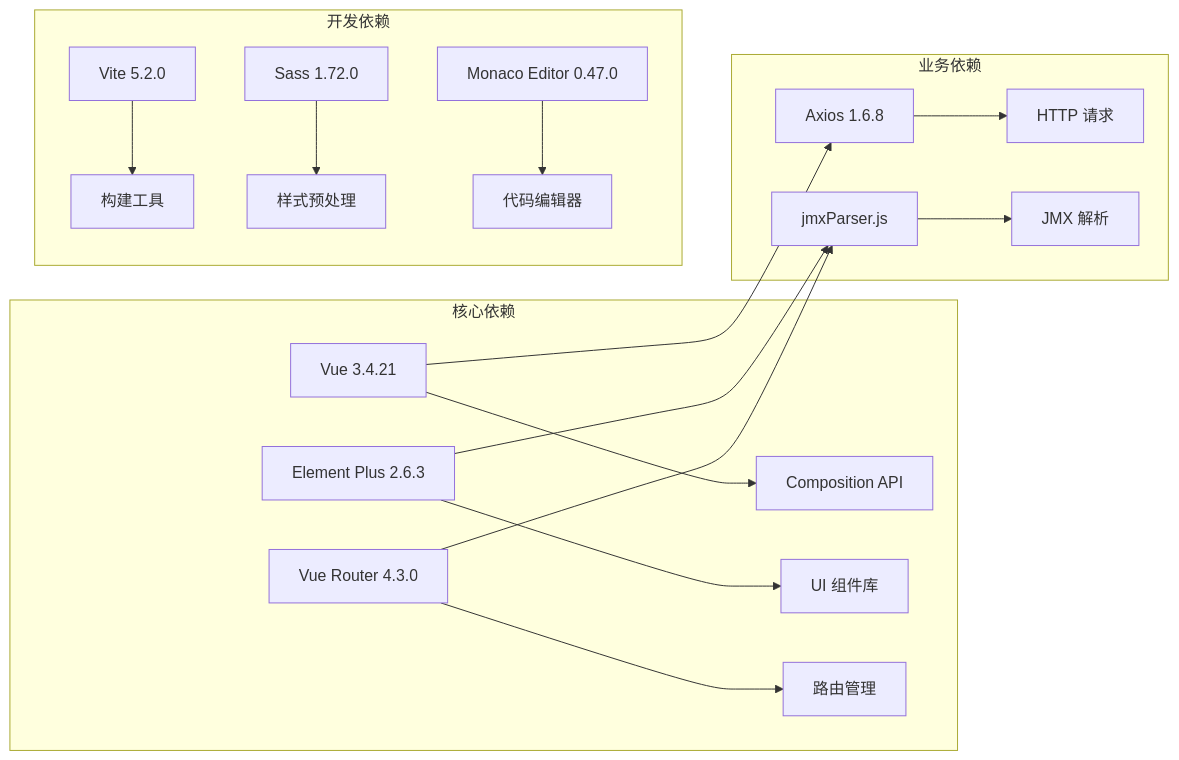
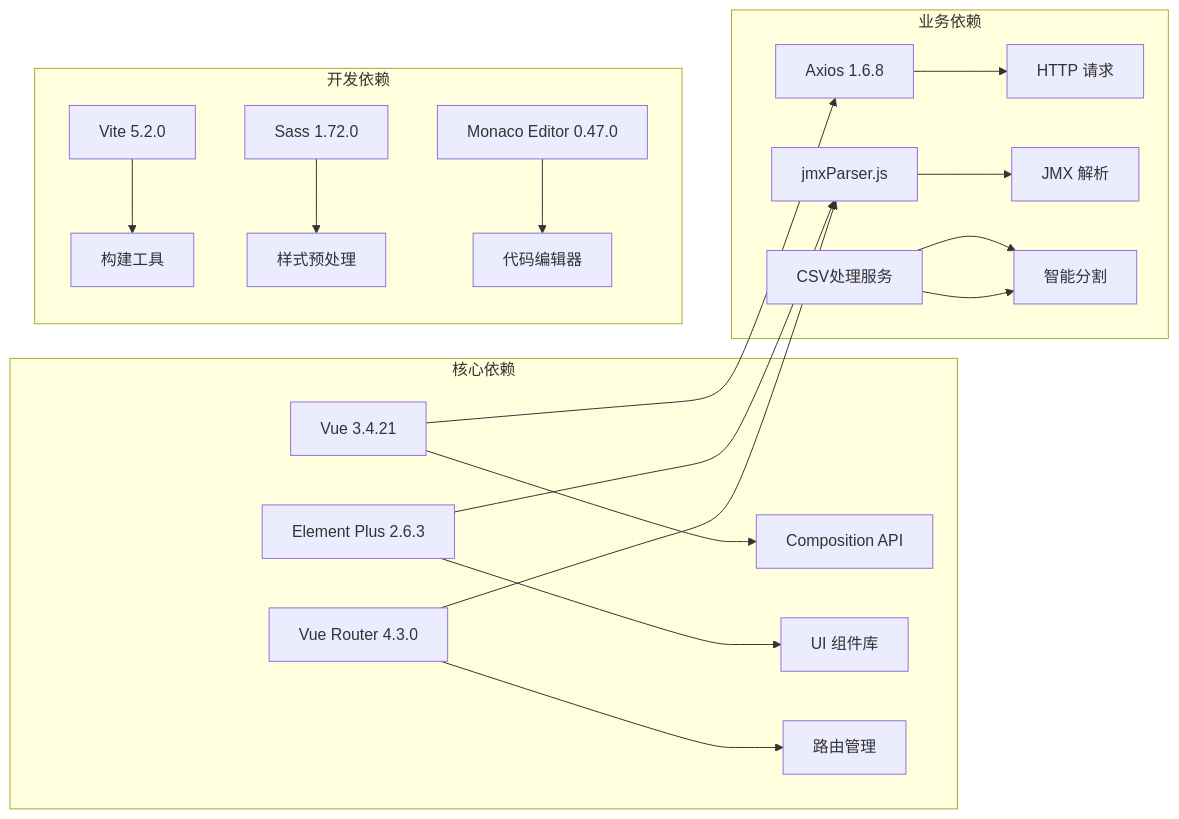
The ninth of 9 diagrams in .qoder/repowiki/zh/content/前端组件详解/前端组件详解.md (Liyuhao02/Jmeter-Admin), drawn with Mermaid before and after one commit. The commit also changed other lines of this file and 13 other files, not shown here.

````diff
--- a/.qoder/repowiki/zh/content/前端组件详解/前端组件详解.md
+++ b/.qoder/repowiki/zh/content/前端组件详解/前端组件详解.md
@@ -420,20 +523,22 @@
 ```mermaid
 graph LR
 subgraph "核心依赖"
 A[Vue 3.4.21] --> B[Composition API]
 C[Element Plus 2.6.3] --> D[UI 组件库]
 E[Vue Router 4.3.0] --> F[路由管理]
 end
 subgraph "开发依赖"
 G[Vite 5.2.0] --> H[构建工具]
 I[Sass 1.72.0] --> J[样式预处理]
 K[Monaco Editor 0.47.0] --> L[代码编辑器]
 end
 subgraph "业务依赖"
 M[Axios 1.6.8] --> N[HTTP 请求]
 O[jmxParser.js] --> P[JMX 解析]
+Q[CSV处理服务] --> R[智能分割]
 end
 A --> M
 C --> O
 E --> O
+Q --> R
 ```
````
